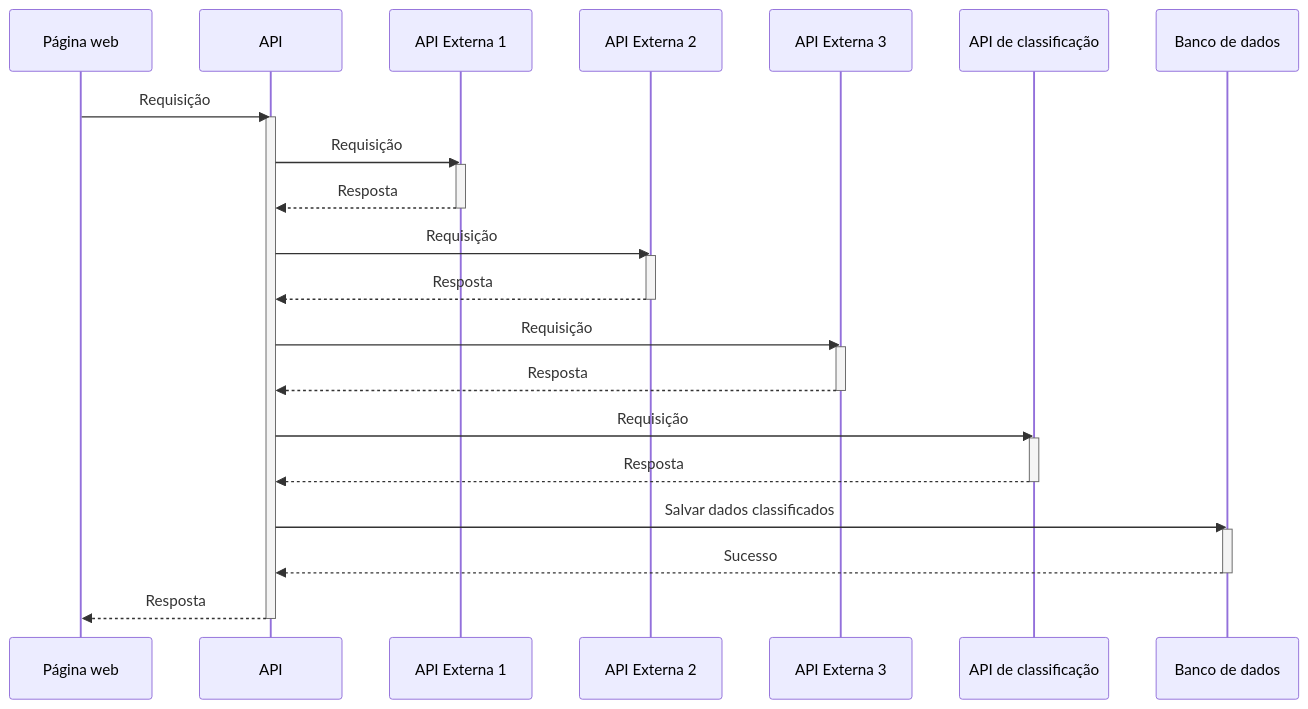
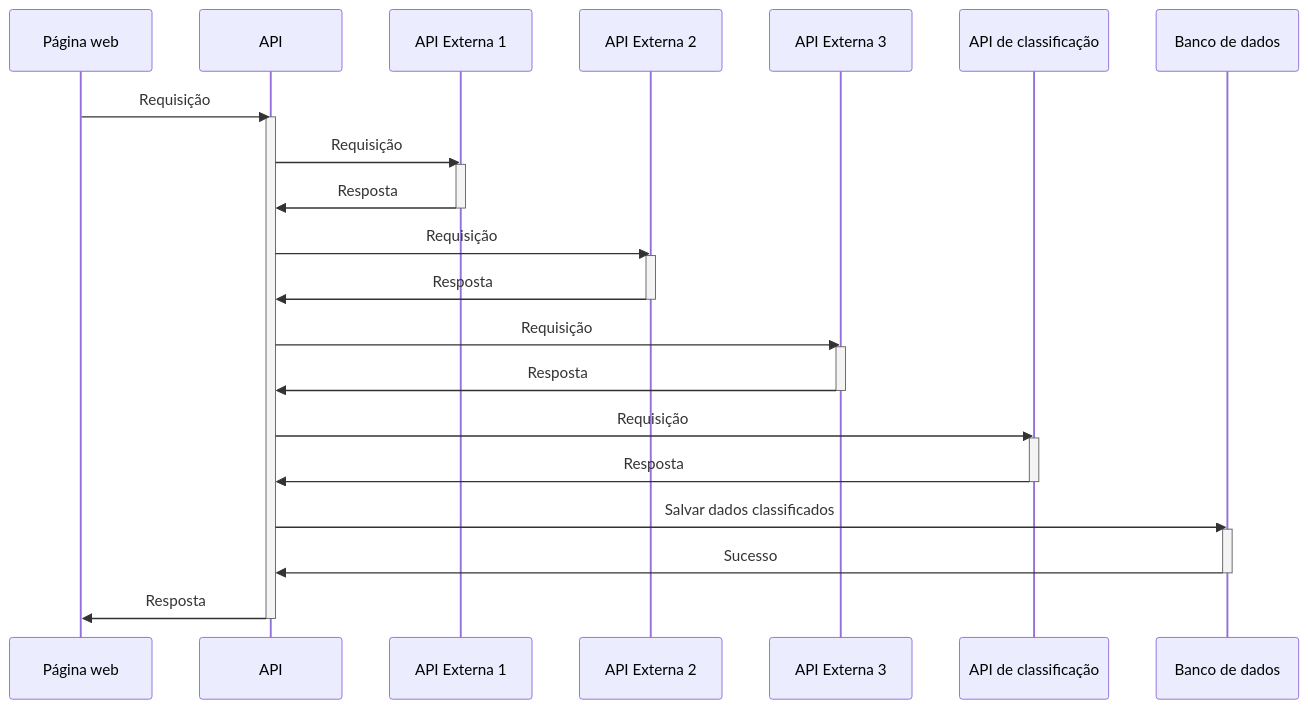
One commit to jjpaulo2/architecture changed the second of 5 diagrams in issues/01 - Slowly APIs integrations.md. Above: the diagram before and after it, drawn with Mermaid. The commit also changed other lines of this file, not shown here.

````diff
--- a/issues/01 - Slowly APIs integrations.md
+++ b/issues/01 - Slowly APIs integrations.md
@@ -45,33 +45,33 @@
 ```mermaid
 sequenceDiagram
     Página web ->> API: Requisição
     activate API
     
     API ->> API Externa 1: Requisição
     activate API Externa 1
-    API Externa 1 -->> API: Resposta
+    API Externa 1 ->> API: Resposta
     deactivate API Externa 1
 
     API ->> API Externa 2: Requisição
     activate API Externa 2
-    API Externa 2 -->> API: Resposta
+    API Externa 2 ->> API: Resposta
     deactivate API Externa 2
 
     API ->> API Externa 3: Requisição
     activate API Externa 3
-    API Externa 3 -->> API: Resposta
+    API Externa 3 ->> API: Resposta
     deactivate API Externa 3
 
     API ->> API de classificação: Requisição
     activate API de classificação
-    API de classificação -->> API: Resposta
+    API de classificação ->> API: Resposta
     deactivate API de classificação
 
     API ->> Banco de dados: Salvar dados classificados
     activate Banco de dados
-    Banco de dados -->> API: Sucesso
+    Banco de dados ->> API: Sucesso
     deactivate Banco de dados
 
-    API -->> Página web: Resposta
+    API ->> Página web: Resposta
     deactivate API
 ```
````
